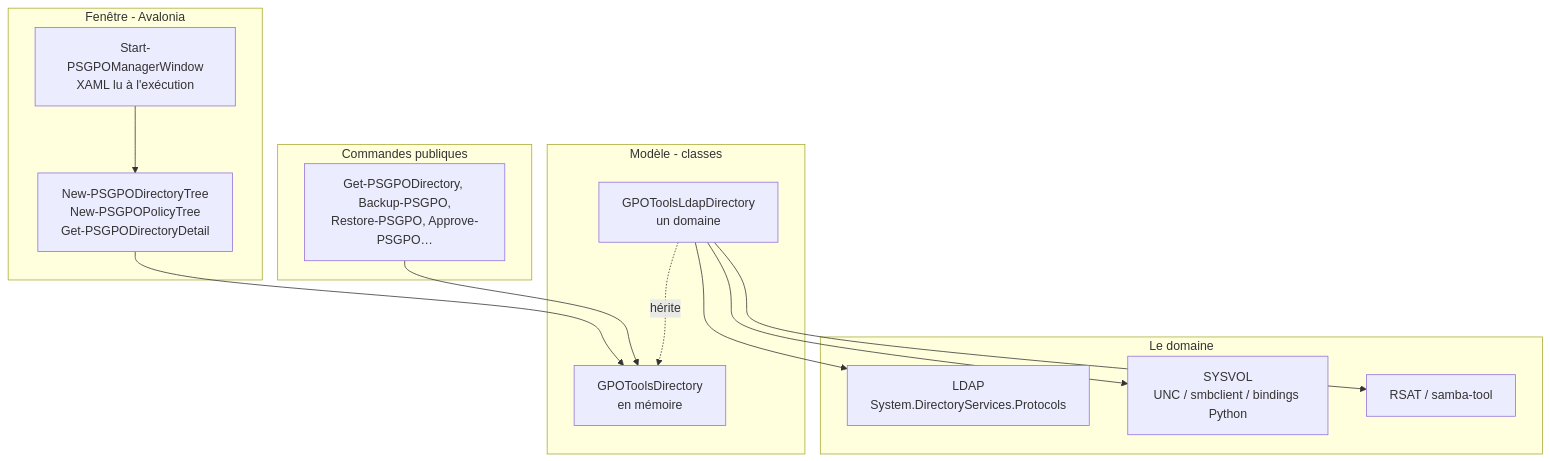
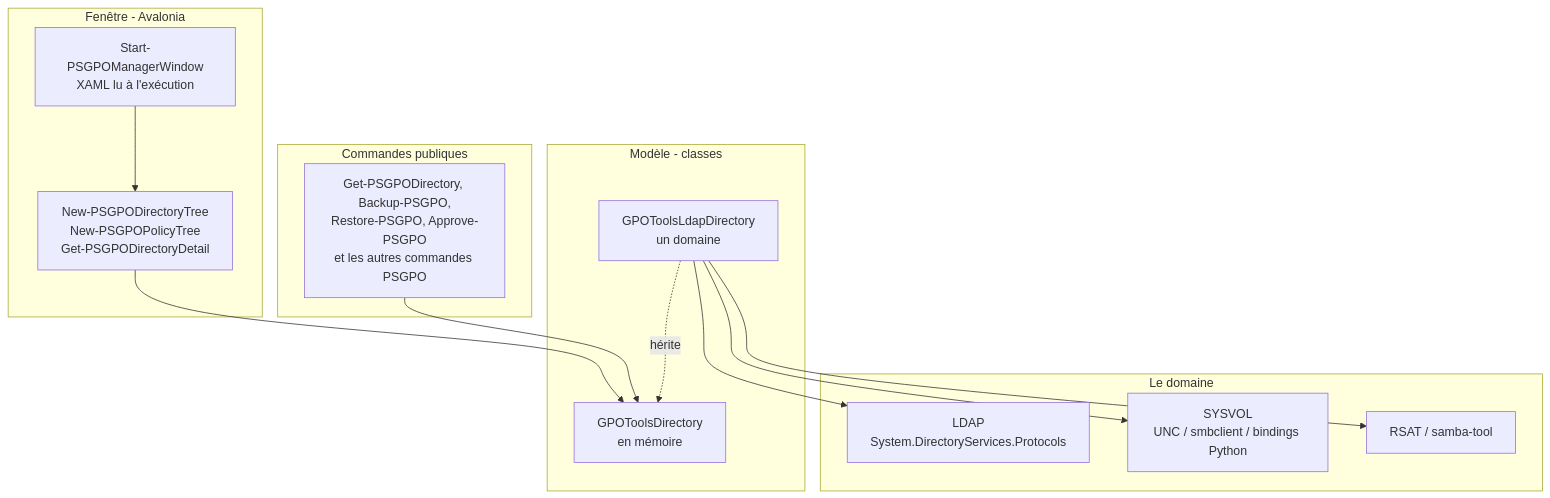
The diagram in docs/fr/technical/architecture.md (JM2K69/PSGPOTools), drawn with Mermaid before and after one commit. The commit also changed 3 other files, not shown here.

Commit message:
Docs: the architecture diagram names the other PSGPO commands instead of an ellipsis; the workflow overview diagram reads top to bottom

````diff
--- a/docs/fr/technical/architecture.md
+++ b/docs/fr/technical/architecture.md
@@ -29,25 +29,25 @@
 ```mermaid
 flowchart TB
     subgraph UI[Fenêtre - Avalonia]
         window[Start-PSGPOManagerWindow<br/>XAML lu à l'exécution]
         trees[New-PSGPODirectoryTree<br/>New-PSGPOPolicyTree<br/>Get-PSGPODirectoryDetail]
     end
     subgraph Commands[Commandes publiques]
-        cmds[Get-PSGPODirectory, Backup-PSGPO,<br/>Restore-PSGPO, Approve-PSGPO…]
+        cmds[Get-PSGPODirectory, Backup-PSGPO,<br/>Restore-PSGPO, Approve-PSGPO<br/>et les autres commandes PSGPO]
     end
     subgraph Model[Modèle - classes]
         dir[GPOToolsDirectory<br/>en mémoire]
         ldapdir[GPOToolsLdapDirectory<br/>un domaine]
     end
     subgraph Domain[Le domaine]
         ldap[LDAP<br/>System.DirectoryServices.Protocols]
         sysvol[SYSVOL<br/>UNC / smbclient / bindings Python]
         tools[RSAT / samba-tool]
     end
     window --> trees --> dir
     cmds --> dir
     ldapdir -. hérite .-> dir
     ldapdir --> ldap
     ldapdir --> sysvol
     ldapdir --> tools
 ```
````
